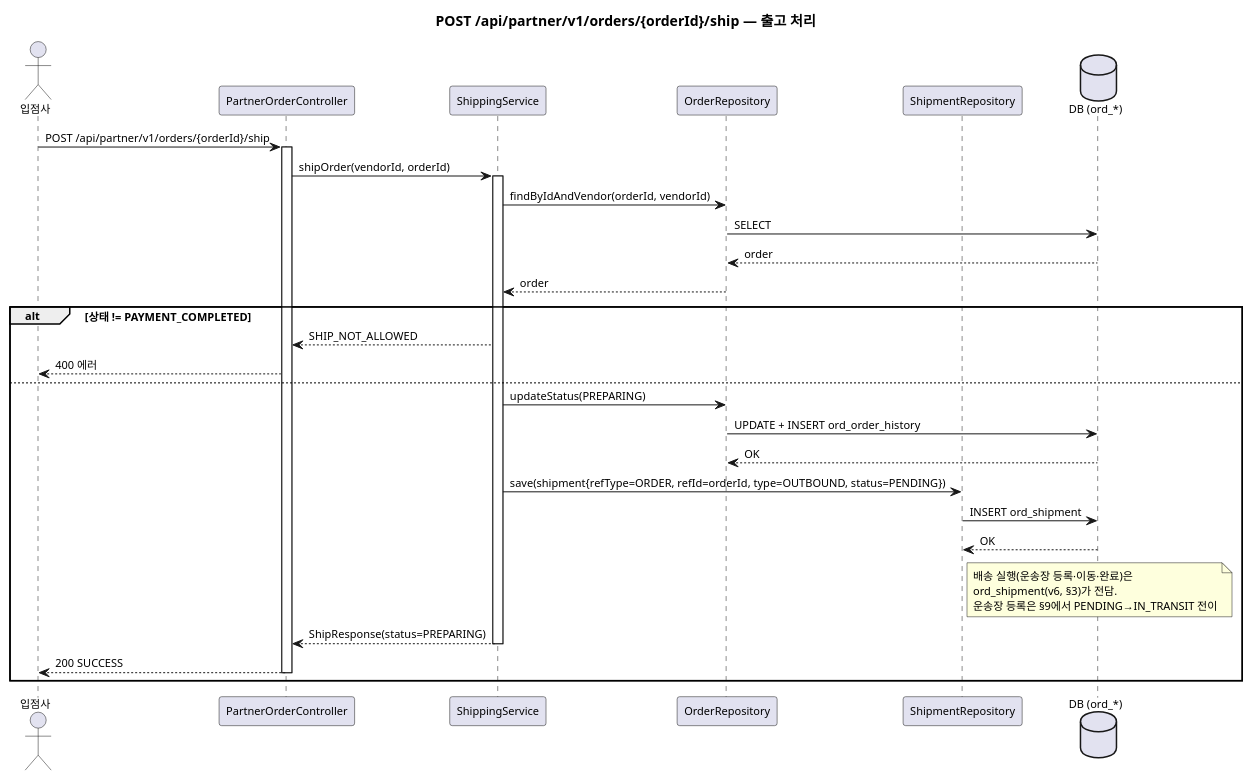
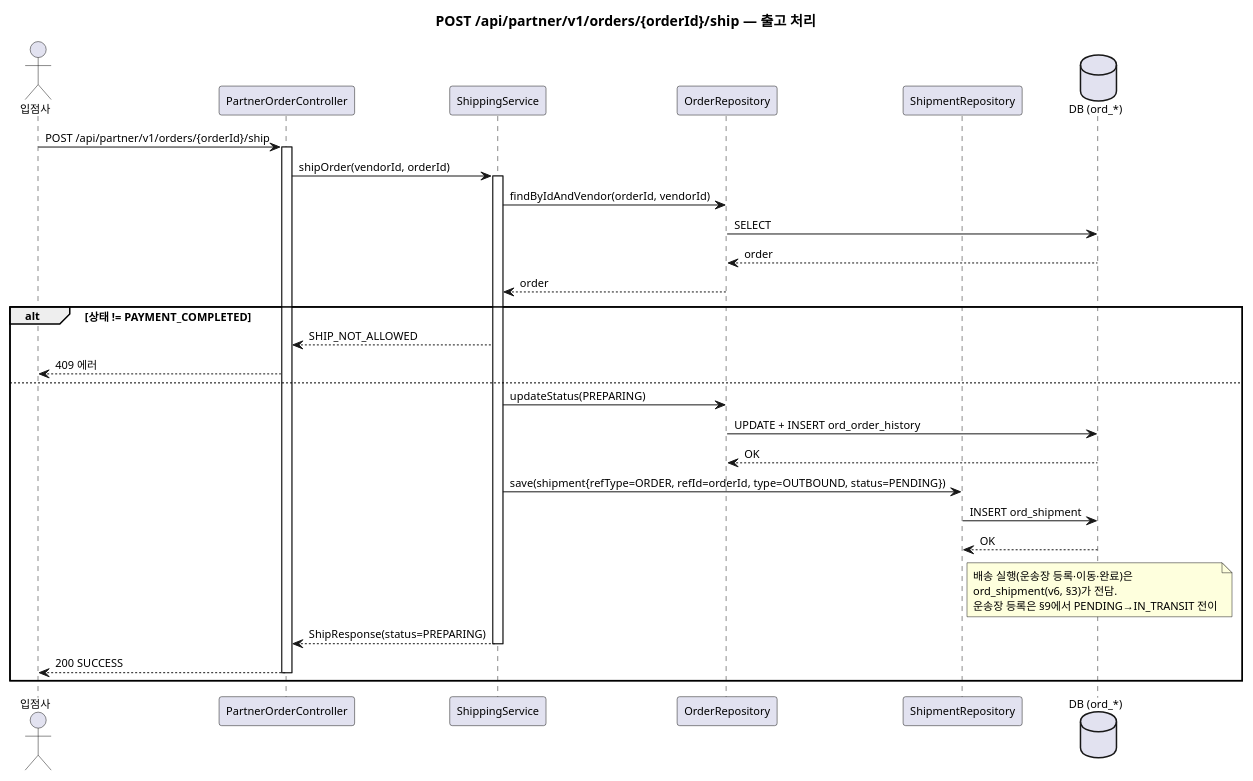
Before and after one commit to parknahyun/runNShop: diagram 11 of 26 in docs/자산화-단계별/S3-상세설계/DM-시퀀스(Order-Payment).md, drawn with PlantUML. The commit also changed other lines of this file and 39 other files, not shown here.

````diff
--- a/docs/자산화-단계별/S3-상세설계/DM-시퀀스(Order-Payment).md
+++ b/docs/자산화-단계별/S3-상세설계/DM-시퀀스(Order-Payment).md
@@ -596,45 +596,45 @@
 ```plantuml
 @startuml
 skinparam backgroundColor transparent
 skinparam defaultFontSize 11
 title POST /api/partner/v1/orders/{orderId}/ship — 출고 처리
 
 actor 입점사 as Partner
 participant "PartnerOrderController" as POC
 participant "ShippingService" as SS
 participant "OrderRepository" as OR
 participant "ShipmentRepository" as SR
 database "DB (ord_*)" as DB
 
 Partner -> POC : POST /api/partner/v1/orders/{orderId}/ship
 activate POC
 
 POC -> SS : shipOrder(vendorId, orderId)
 activate SS
 
 SS -> OR : findByIdAndVendor(orderId, vendorId)
 OR -> DB : SELECT
 DB --> OR : order
 OR --> SS : order
 
 alt 상태 != PAYMENT_COMPLETED
   SS --> POC : SHIP_NOT_ALLOWED
-  POC --> Partner : 400 에러
+  POC --> Partner : 409 에러
 else
   SS -> OR : updateStatus(PREPARING)
   OR -> DB : UPDATE + INSERT ord_order_history
   DB --> OR : OK
 
   SS -> SR : save(shipment{refType=ORDER, refId=orderId, type=OUTBOUND, status=PENDING})
   SR -> DB : INSERT ord_shipment
   DB --> SR : OK
   note right of SR: 배송 실행(운송장 등록·이동·완료)은\nord_shipment(v6, §3)가 전담.\n운송장 등록은 §9에서 PENDING→IN_TRANSIT 전이
 
   SS --> POC : ShipResponse(status=PREPARING)
   deactivate SS
   POC --> Partner : 200 SUCCESS
   deactivate POC
 end
 
 @enduml
 ```
````
